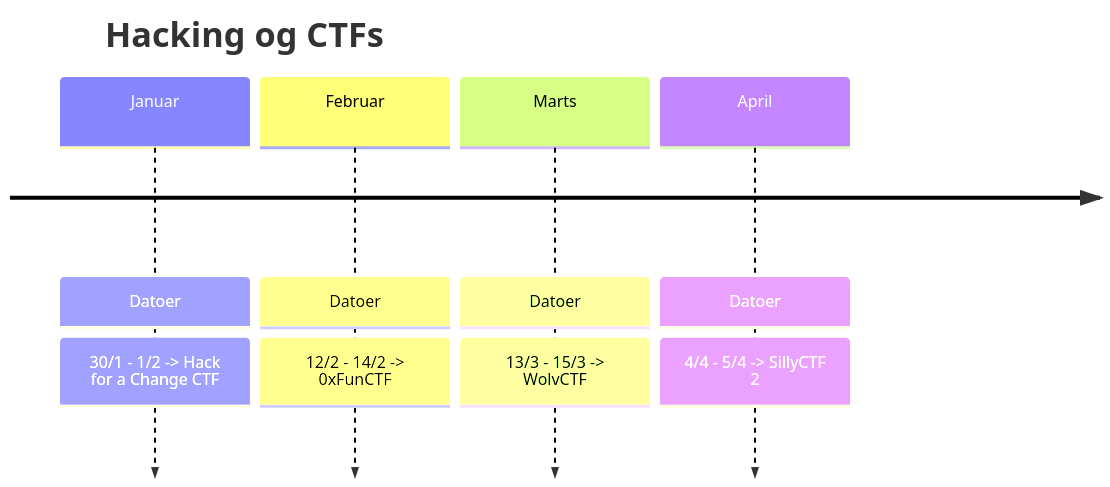
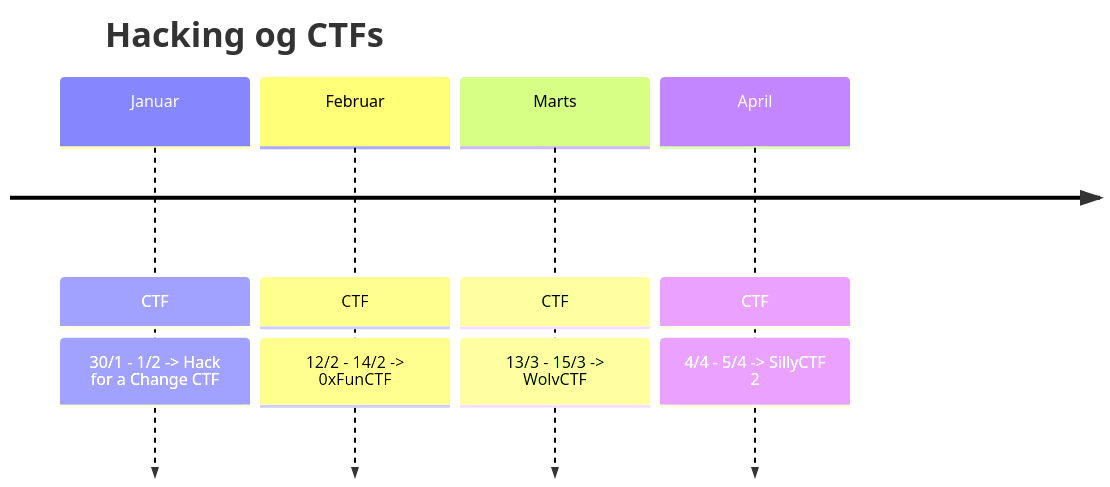
One commit to Rosenorn-Solutions/Praktik_Opgaver changed the diagram in Lasse/NextLevel/README.md. Above: the diagram before and after it, drawn with Mermaid.

````diff
--- a/Lasse/NextLevel/README.md
+++ b/Lasse/NextLevel/README.md
@@ -12,12 +12,12 @@
 ```mermaid
 timeline
     title Hacking og CTFs
-    Januar : Datoer 
+    Januar : CTF 
         : 30/1 - 1/2 -> Hack for a Change CTF
-    Februar : Datoer
+    Februar : CTF
         : 12/2 - 14/2 -> 0xFunCTF
-    Marts : Datoer
+    Marts : CTF
         : 13/3 - 15/3 -> WolvCTF 
-    April : Datoer
+    April : CTF
         : 4/4 - 5/4 -> SillyCTF 2 
 ```
````
